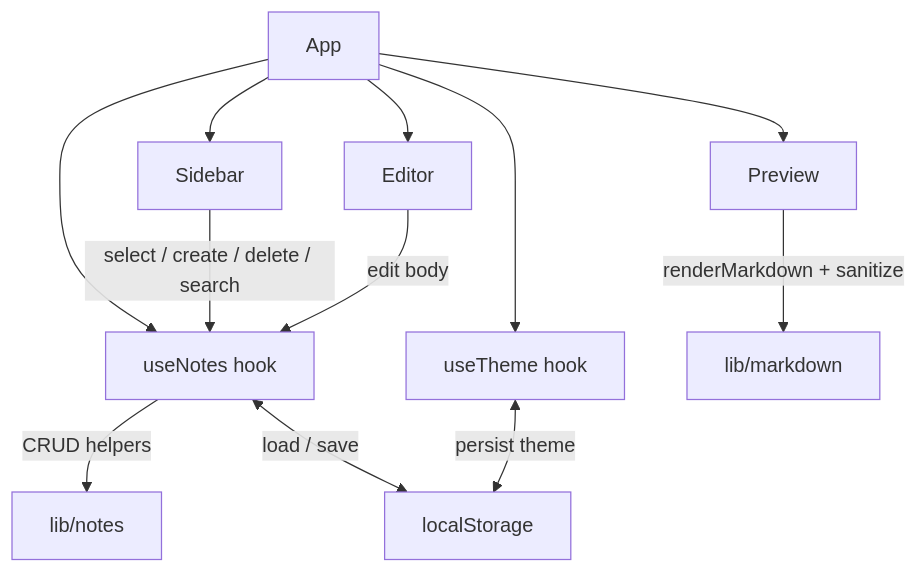
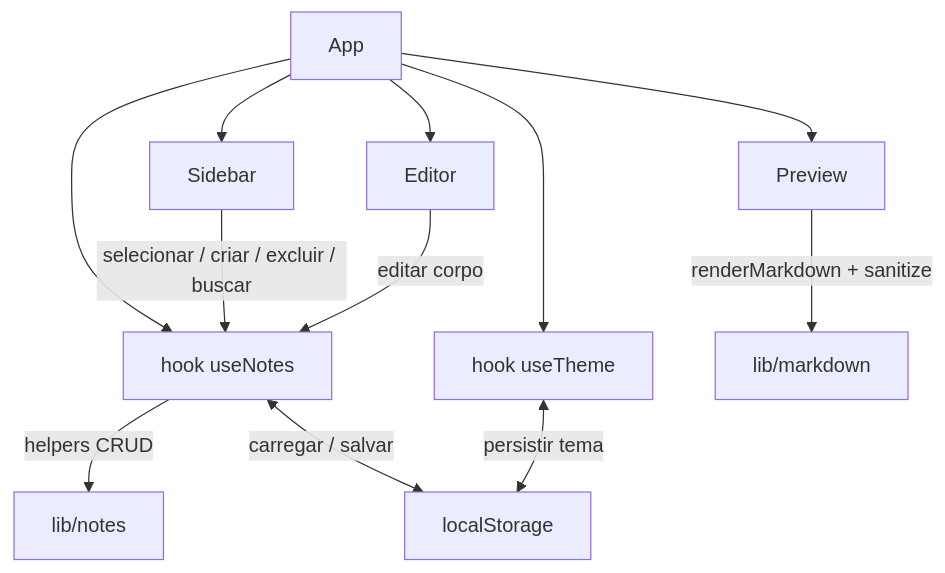
Before and after one commit to geoggrigori/marknote: the diagram in README.md, drawn with Mermaid. The commit also changed other lines of this file, not shown here.

````diff
--- a/README.md
+++ b/README.md
@@ -34,15 +60,15 @@
 ```mermaid
 flowchart TD
     App[App]
     App --> Sidebar[Sidebar]
     App --> Editor[Editor]
     App --> Preview[Preview]
-    App --> useNotes[useNotes hook]
-    App --> useTheme[useTheme hook]
-    Sidebar -->|select / create / delete / search| useNotes
-    Editor -->|edit body| useNotes
+    App --> useNotes[hook useNotes]
+    App --> useTheme[hook useTheme]
+    Sidebar -->|selecionar / criar / excluir / buscar| useNotes
+    Editor -->|editar corpo| useNotes
     Preview -->|renderMarkdown + sanitize| Markdown[lib/markdown]
-    useNotes -->|CRUD helpers| Notes[lib/notes]
-    useNotes <-->|load / save| Storage[localStorage]
-    useTheme <-->|persist theme| Storage
+    useNotes -->|helpers CRUD| Notes[lib/notes]
+    useNotes <-->|carregar / salvar| Storage[localStorage]
+    useTheme <-->|persistir tema| Storage
 ```
````
